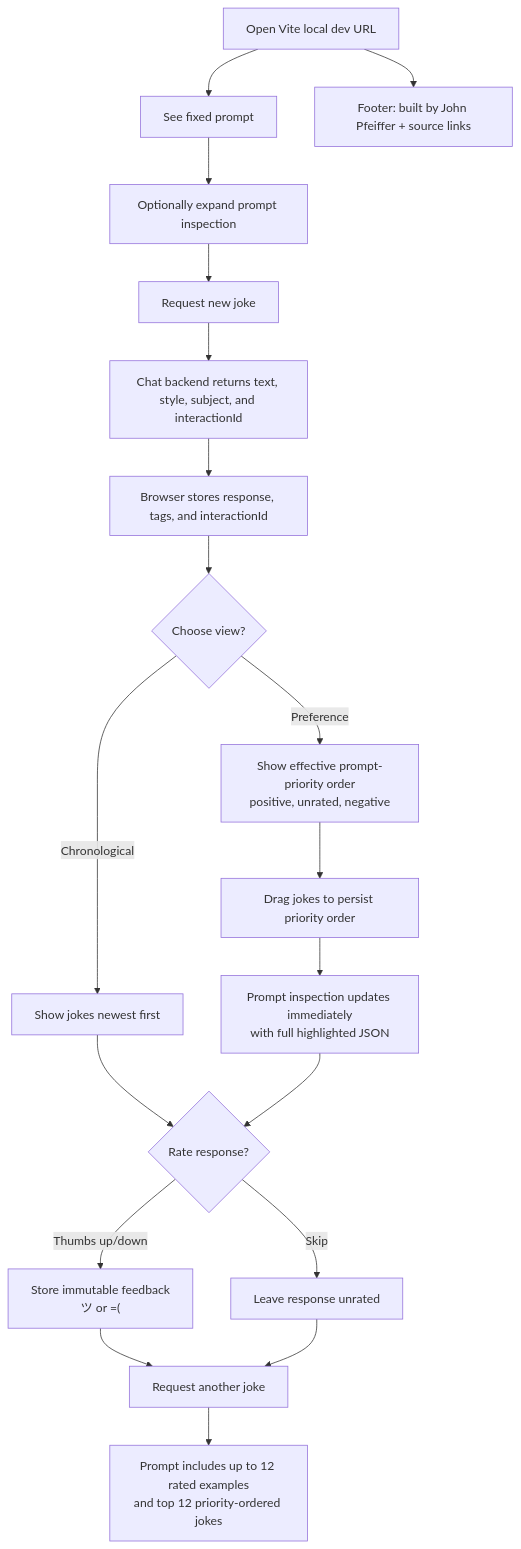
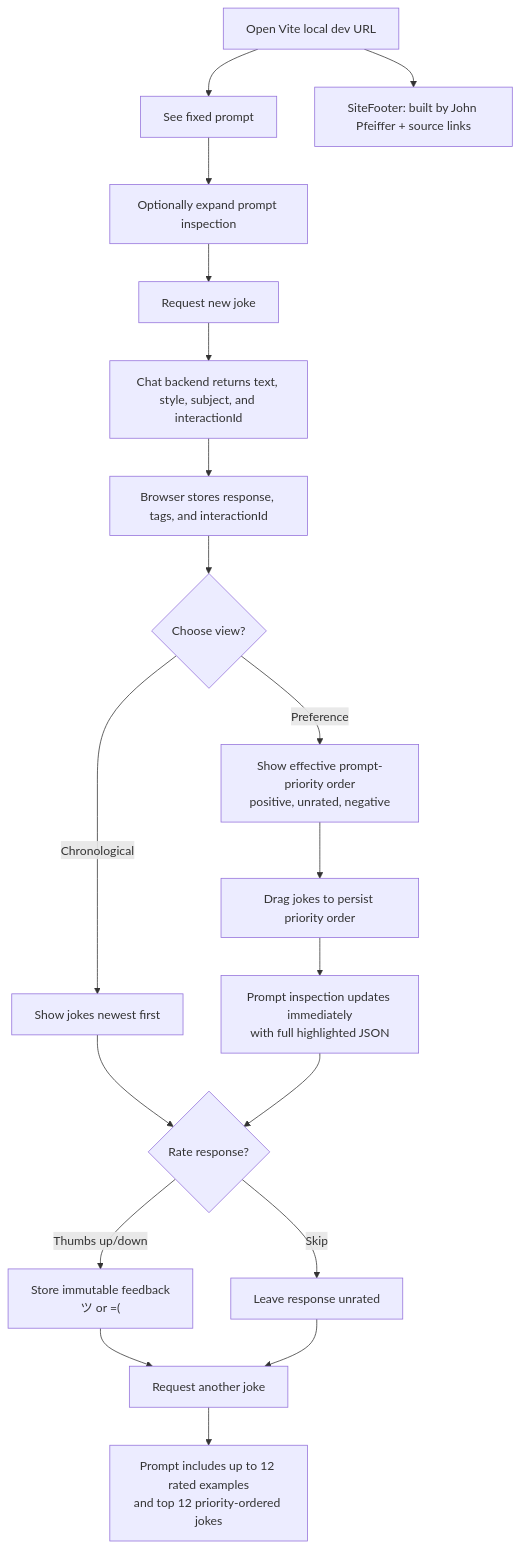
One commit to johnpfeiffer/joker changed the second of 2 diagrams in architecture.md. Above: the diagram before and after it, drawn with Mermaid. The commit also changed other lines of this file and 5 other files, not shown here.

First line of the commit message:
feat: adopt shared SiteFooter from johnutilsjs/ui

````diff
--- a/architecture.md
+++ b/architecture.md
@@ -25,21 +25,21 @@
 ```mermaid
 flowchart TD
   A["Open Vite local dev URL"] --> B["See fixed prompt"]
-  A --> FOOT["Footer: built by John Pfeiffer + source links"]
+  A --> FOOT["SiteFooter: built by John Pfeiffer + source links"]
   B --> K["Optionally expand prompt inspection"]
   K --> C["Request new joke"]
   C --> D["Chat backend returns text, style, subject, and interactionId"]
   D --> E["Browser stores response, tags, and interactionId"]
   E --> L{"Choose view?"}
   L -->|"Chronological"| M["Show jokes newest first"]
   L -->|"Preference"| N["Show effective prompt-priority order<br/>positive, unrated, negative"]
   N --> O["Drag jokes to persist priority order"]
   O --> P["Prompt inspection updates immediately<br/>with full highlighted JSON"]
   M --> F{"Rate response?"}
   P --> F{"Rate response?"}
   F -->|"Thumbs up/down"| G["Store immutable feedback<br/>ツ or =("]
   F -->|"Skip"| H["Leave response unrated"]
   G --> I["Request another joke"]
   H --> I
   I --> J["Prompt includes up to 12 rated examples<br/>and top 12 priority-ordered jokes"]
 ```
````
